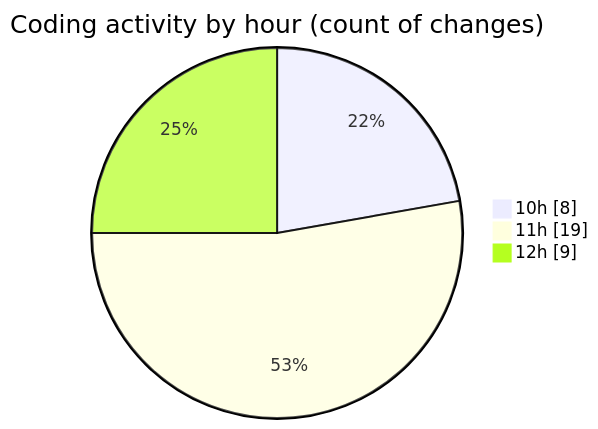
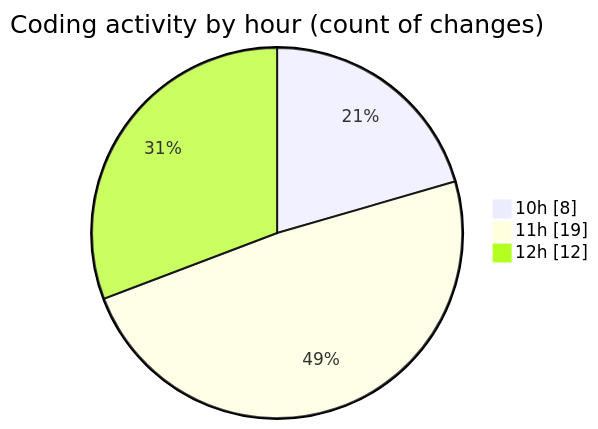
Before and after one commit to nxtqubesakshisongat/code-tracking: the second of 2 diagrams in 2025-10-16/nxtqube_webapp/README.md, drawn with Mermaid. The commit also changed other lines of this file and 1 other file, not shown here.

````diff
--- a/2025-10-16/nxtqube_webapp/README.md
+++ b/2025-10-16/nxtqube_webapp/README.md
@@ -28,7 +28,7 @@
 ```mermaid
 pie showData
 title Coding activity by hour (count of changes)
 "10h" : 8
 "11h" : 19
-"12h" : 9
+"12h" : 12
 ```
````
